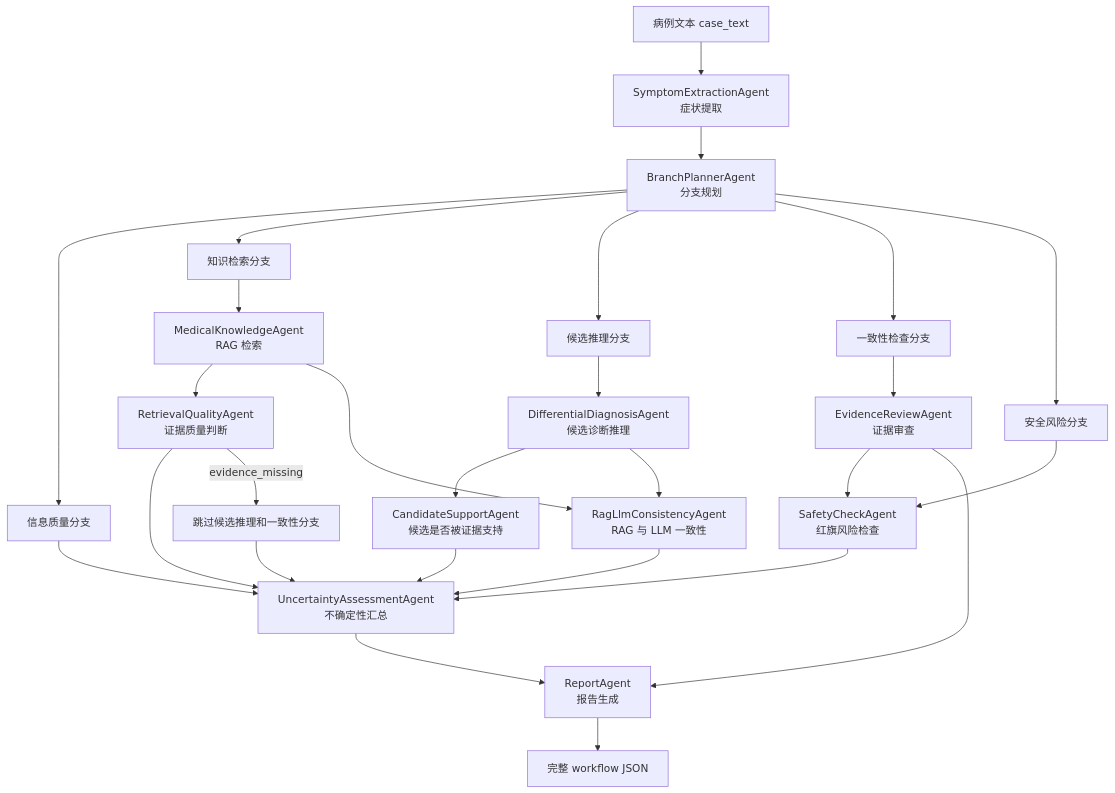
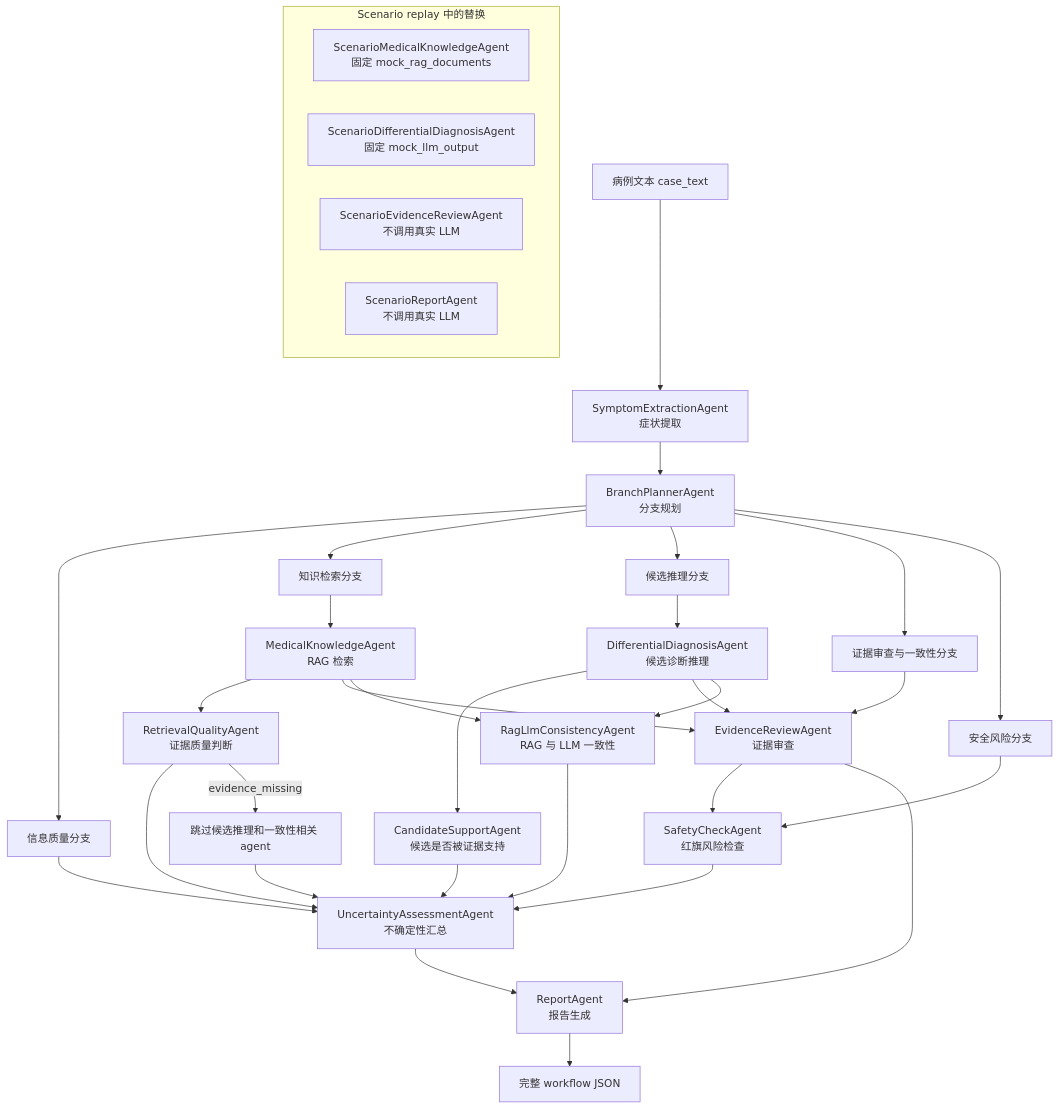
One commit to whytomato/healthcare changed the diagram in README.md. Above: the diagram before and after it, drawn with Mermaid.

Commit message:
流程图

````diff
--- a/README.md
+++ b/README.md
@@ -12,37 +12,47 @@
 ```mermaid
 flowchart TD
     A[病例文本 case_text] --> B[SymptomExtractionAgent<br/>症状提取]
     B --> C[BranchPlannerAgent<br/>分支规划]
 
     C --> IQ[信息质量分支]
     C --> KR[知识检索分支]
     C --> CR[候选推理分支]
-    C --> CO[一致性检查分支]
+    C --> CO[证据审查与一致性分支]
     C --> SR[安全风险分支]
 
     IQ --> U[UncertaintyAssessmentAgent<br/>不确定性汇总]
 
     KR --> MK[MedicalKnowledgeAgent<br/>RAG 检索]
     MK --> RQ[RetrievalQualityAgent<br/>证据质量判断]
     RQ --> U
 
-    RQ -- evidence_missing --> SKIP[跳过候选推理和一致性分支]
+    RQ -- evidence_missing --> SKIP[跳过候选推理和一致性相关 agent]
     SKIP --> U
 
     CR --> DD[DifferentialDiagnosisAgent<br/>候选诊断推理]
     DD --> CS[CandidateSupportAgent<br/>候选是否被证据支持]
     CS --> U
 
     CO --> ER[EvidenceReviewAgent<br/>证据审查]
-    ER --> SC
-    ER --> RP
+    MK --> ER
+    DD --> ER
+    ER --> SC[SafetyCheckAgent<br/>红旗风险检查]
+    ER --> RP[ReportAgent<br/>报告生成]
+
     MK --> RC[RagLlmConsistencyAgent<br/>RAG 与 LLM 一致性]
     DD --> RC
     RC --> U
 
-    SR --> SC[SafetyCheckAgent<br/>红旗风险检查]
+    SR --> SC
     SC --> U
 
-    U --> RP[ReportAgent<br/>报告生成]
+    U --> RP
     RP --> OUT[完整 workflow JSON]
+
+    subgraph MockReplay[Scenario replay 中的替换]
+      SMK[ScenarioMedicalKnowledgeAgent<br/>固定 mock_rag_documents]
+      SDD[ScenarioDifferentialDiagnosisAgent<br/>固定 mock_llm_output]
+      SER[ScenarioEvidenceReviewAgent<br/>不调用真实 LLM]
+      SRP[ScenarioReportAgent<br/>不调用真实 LLM]
+    end
 ```
````
